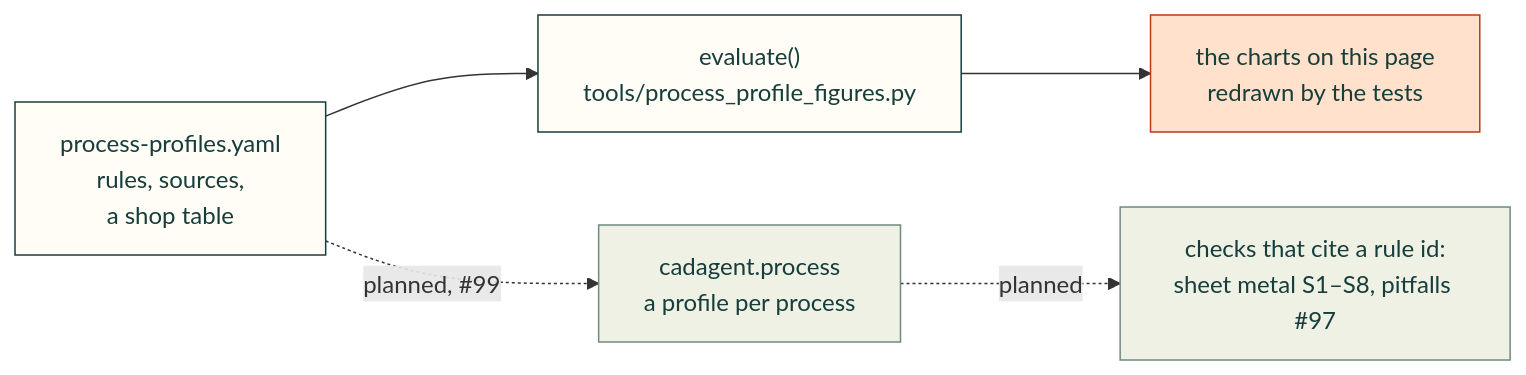
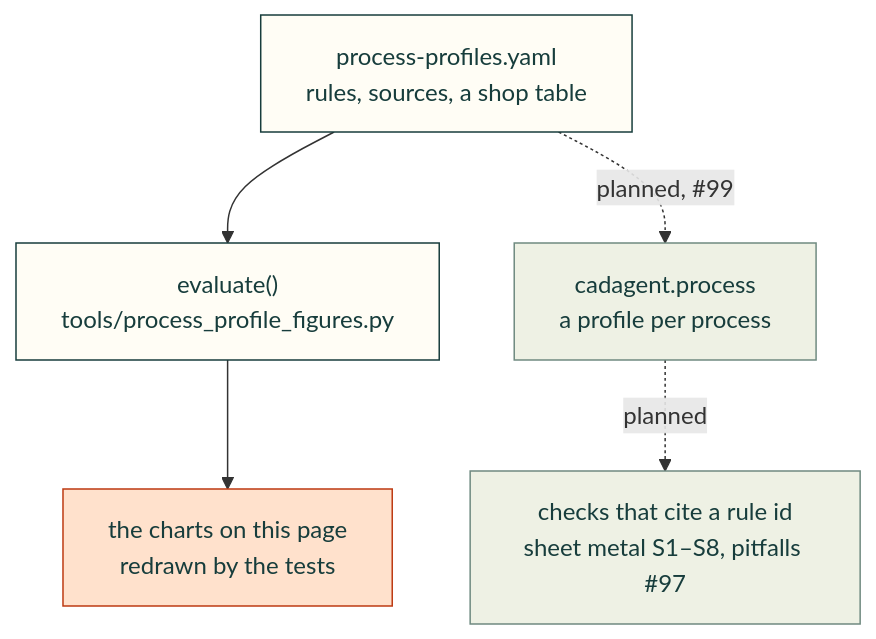
Before and after one commit to Valpatel/cad-agent: the diagram in research/process-profiles.md, drawn with Mermaid. The commit also changed 3 other files, not shown here.

````diff
--- a/research/process-profiles.md
+++ b/research/process-profiles.md
@@ -660,13 +660,13 @@
 ```mermaid
-flowchart LR
-    Y["process-profiles.yaml<br/>rules, sources,<br/>a shop table"] --> E["evaluate()<br/>tools/process_profile_figures.py"]
+flowchart TD
+    Y["process-profiles.yaml<br/>rules, sources, a shop table"] --> E["evaluate()<br/>tools/process_profile_figures.py"]
     E --> C["the charts on this page<br/>redrawn by the tests"]
     Y -.->|"planned, #99"| P["cadagent.process<br/>a profile per process"]
-    P -.->|"planned"| K["checks that cite a rule id:<br/>sheet metal S1–S8, pitfalls #97"]
+    P -.->|"planned"| K["checks that cite a rule id<br/>sheet metal S1–S8, pitfalls #97"]
     classDef here fill:#fffdf5,stroke:#173d3c,color:#173d3c
     classDef near fill:#eef1e4,stroke:#6f8a80,color:#173d3c
     classDef out fill:#ffe1cc,stroke:#bd3a12,color:#173d3c
     class Y,E here
     class C out
     class P,K near
 ```
````
